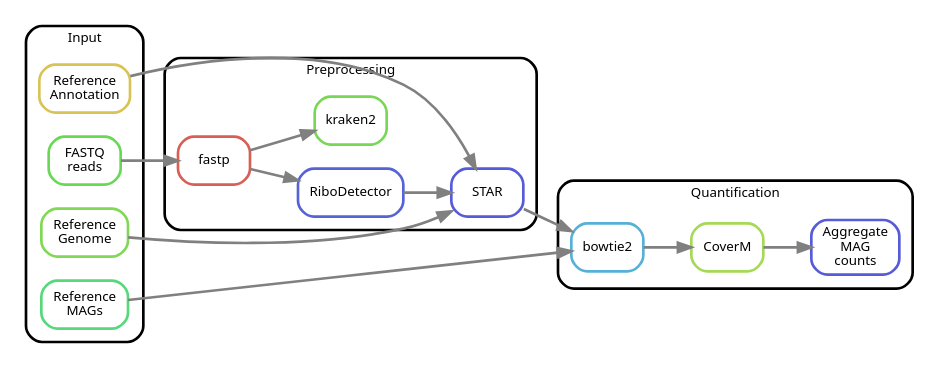
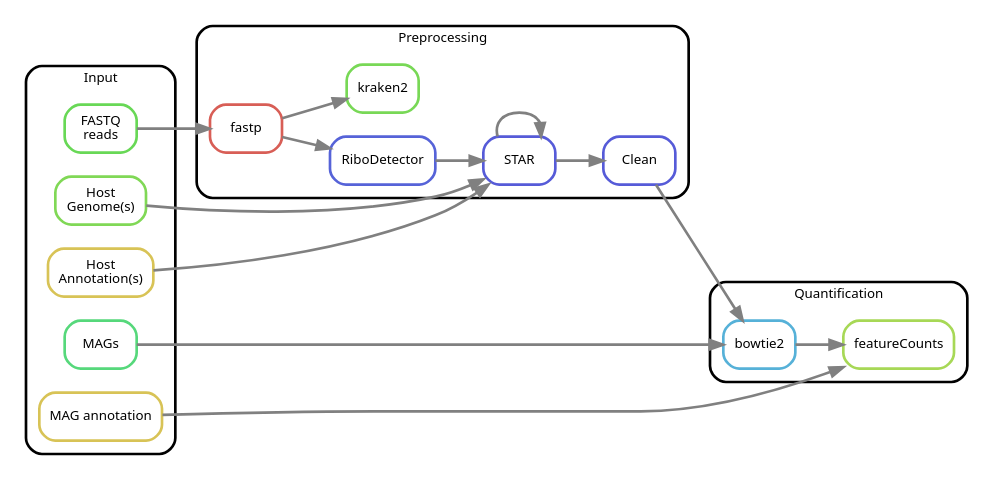
Before and after one commit to 3d-omics/Bioinfo_Micro_Microbial_Metatranscriptomics: the diagram in rulegraph_simple.dot, drawn with Graphviz. The commit also changed 1 other file, not shown here.

```diff
--- a/rulegraph_simple.dot
+++ b/rulegraph_simple.dot
@@ -1,45 +1,53 @@
 digraph snakemake_dag {
     rankdir="LR";
     // newrank=true;
     graph[bgcolor=white, margin=0];
     node[shape=box, style=rounded, fontname=sans, fontsize=10, penwidth=2];
     edge[penwidth=2, color=grey];
 
     subgraph cluster_0 {
         label = "Input";
         shape=box; style=rounded; fontname=sans; fontsize=10; penwidth=2; margin=10;
-        reads      [label = "FASTQ\nreads",          color = "0.31 0.6 0.85", style="rounded"];
-        mags       [label = "Reference\nMAGs",       color = "0.38 0.6 0.85", style="rounded"];
-        genome     [label = "Reference\nGenome",     color = "0.28 0.6 0.85", style="rounded"];
-        annotation [label = "Reference\nAnnotation", color = "0.14 0.6 0.85", style="rounded"];
+        reads           [label = "FASTQ\nreads",          color = "0.31 0.6 0.85", style="rounded"];
+
+        genome          [label = "Host\nGenome(s)",     color = "0.28 0.6 0.85", style="rounded"];
+        gtf             [label = "Host\nAnnotation(s)", color = "0.14 0.6 0.85", style="rounded"];
+
+        mags            [label = "MAGs",       color = "0.38 0.6 0.85", style="rounded"];
+        annotation      [label = "MAG annotation", color = "0.14 0.6 0.85", style="rounded"];
     }
 
     subgraph cluster_1 {
         label = "Preprocessing";
         shape=box; style=rounded; fontname=sans; fontsize=10; penwidth=2; margin=10;
 
-        fastp        [label = "fastp",        color = "0.01 0.6 0.85", style="rounded"];
-        ribodetector [label = "RiboDetector", color = "0.65 0.6 0.85", style="rounded"];
-        kraken2      [label = "kraken2",      color = "0.29 0.6 0.85", style="rounded"];
-        star [label = "STAR", color = "0.66 0.6 0.85", style="rounded"];
+        fastp           [label = "fastp",        color = "0.01 0.6 0.85", style="rounded"];
+        ribodetector    [label = "RiboDetector", color = "0.65 0.6 0.85", style="rounded"];
+        kraken2         [label = "kraken2",      color = "0.29 0.6 0.85", style="rounded"];
+        star            [label = "STAR", color = "0.66 0.6 0.85", style="rounded"];
+        clean           [label = "Clean", color = "0.66 0.6 0.85", style="rounded"];
+
+        genome -> star
+        gtf -> star
+        reads -> fastp -> ribodetector -> star
+        star -> star
+        fastp -> kraken2
+        star -> clean
     }
+
+    clean -> bowtie2
 
     subgraph cluster_2 {
         label = "Quantification";
         shape=box; style=rounded; fontname=sans; fontsize=10; penwidth=2; margin=10;
-        bowtie2   [label = "bowtie2",                color = "0.55 0.6 0.85", style="rounded"];
-        coverm    [label = "CoverM",                 color = "0.23 0.6 0.85", style="rounded"];
-        aggregate [label = "Aggregate\nMAG\ncounts", color = "0.66 0.6 0.85", style="rounded"];
+
+        bowtie2         [label = "bowtie2",                color = "0.55 0.6 0.85", style="rounded"];
+        featureCounts   [label = "featureCounts",                 color = "0.23 0.6 0.85", style="rounded"];
+
+        mags -> bowtie2
+        annotation -> featureCounts
+        bowtie2 -> featureCounts
+
     }
 
-    reads -> fastp
-    ribodetector -> star
-    fastp -> ribodetector
-    annotation -> star
-    genome -> star
-    mags -> bowtie2
-    star -> bowtie2
-    bowtie2 -> coverm
-    coverm -> aggregate
-    fastp -> kraken2
 }
```
